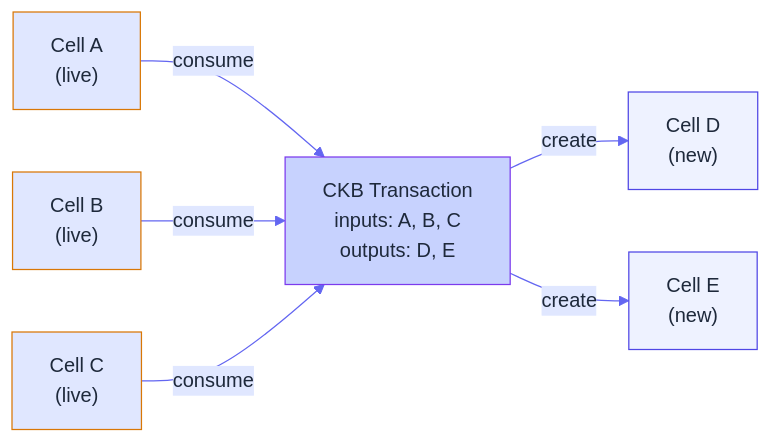
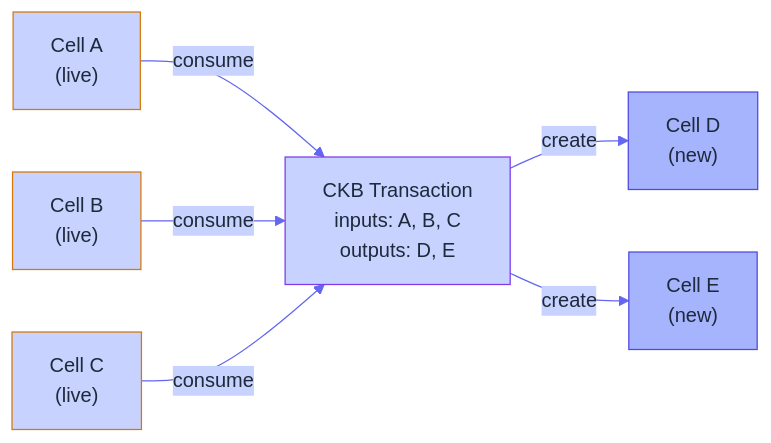
Before and after one commit to Myelin-Labs/Myelin: the diagram in docs/concepts/what-is-ckb.md, drawn with Mermaid. The commit also changed 31 other files, not shown here.

````diff
--- a/docs/concepts/what-is-ckb.md
+++ b/docs/concepts/what-is-ckb.md
@@ -47,32 +47,32 @@
 ```mermaid
 %%{init: {
   "theme": "base",
   "themeVariables": {
-    "primaryColor": "#EEF2FF",
+    "primaryColor": "#A5B4FC",
     "primaryTextColor": "#1E293B",
     "primaryBorderColor": "#4F46E5",
     "lineColor": "#6366F1",
-    "secondaryColor": "#E0E7FF",
+    "secondaryColor": "#C7D2FE",
     "tertiaryColor": "#C7D2FE"
   }
 }}%%
 flowchart LR
     A1["Cell A<br/>(live)"]:::live
     A2["Cell B<br/>(live)"]:::live
     A3["Cell C<br/>(live)"]:::live
 
     TX["CKB Transaction<br/>inputs: A, B, C<br/>outputs: D, E"]:::tx
 
     D["Cell D<br/>(new)"]:::new
     E["Cell E<br/>(new)"]:::new
 
     A1 -->|consume| TX
     A2 -->|consume| TX
     A3 -->|consume| TX
     TX -->|create| D
     TX -->|create| E
 
-    classDef live fill:#E0E7FF,stroke:#D97706,color:#1E293B;
-    classDef new  fill:#EEF2FF,stroke:#4F46E5,color:#1E293B;
+    classDef live fill:#C7D2FE,stroke:#D97706,color:#1E293B;
+    classDef new  fill:#A5B4FC,stroke:#4F46E5,color:#1E293B;
     classDef tx   fill:#C7D2FE,stroke:#7C3AED,color:#1E293B;
 ```
````
